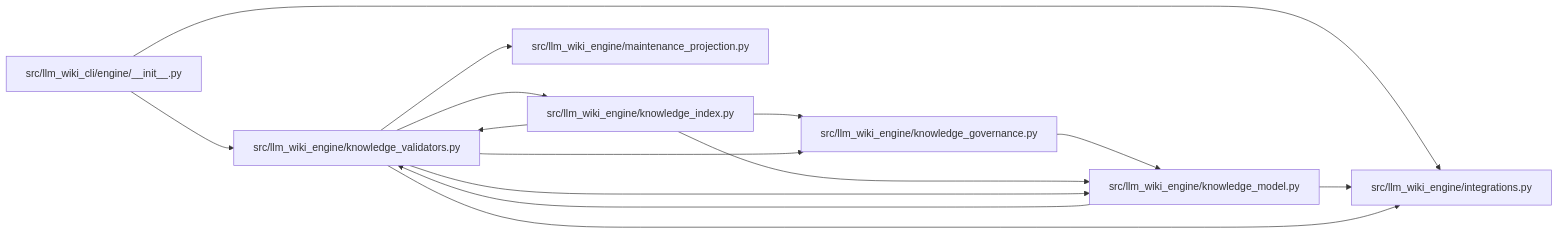
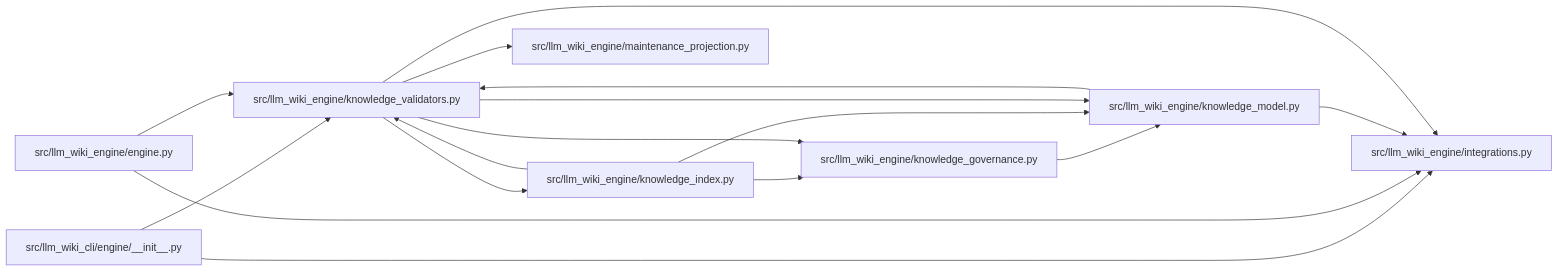
Before and after one commit to Denissvgn/python-wiki-llm: the diagram in docs/llm_wiki/modules/knowledge_validators.md, drawn with Mermaid. The commit also changed other lines of this file and 719 other files, not shown here.

Commit message:
docs: refresh the wiki for the engine's own use cases

````diff
--- a/docs/llm_wiki/modules/knowledge_validators.md
+++ b/docs/llm_wiki/modules/knowledge_validators.md
@@ -46,30 +46,34 @@
 ```mermaid
 flowchart LR
     n0["src/llm_wiki_cli/engine/__init__.py"]
-    n1["src/llm_wiki_engine/integrations.py"]
-    n2["src/llm_wiki_engine/knowledge_governance.py"]
-    n3["src/llm_wiki_engine/knowledge_index.py"]
-    n4["src/llm_wiki_engine/knowledge_model.py"]
-    n5["src/llm_wiki_engine/knowledge_validators.py"]
-    n6["src/llm_wiki_engine/maintenance_projection.py"]
-    n0 --> n1
-    n0 --> n5
-    n2 --> n4
-    n3 --> n2
-    n3 --> n4
+    n1["src/llm_wiki_engine/engine.py"]
+    n2["src/llm_wiki_engine/integrations.py"]
+    n3["src/llm_wiki_engine/knowledge_governance.py"]
+    n4["src/llm_wiki_engine/knowledge_index.py"]
+    n5["src/llm_wiki_engine/knowledge_model.py"]
+    n6["src/llm_wiki_engine/knowledge_validators.py"]
+    n7["src/llm_wiki_engine/maintenance_projection.py"]
+    n0 --> n2
+    n0 --> n6
+    n1 --> n2
+    n1 --> n6
     n3 --> n5
-    n4 --> n1
+    n4 --> n3
     n4 --> n5
-    n5 --> n1
+    n4 --> n6
     n5 --> n2
-    n5 --> n3
-    n5 --> n4
     n5 --> n6
+    n6 --> n2
+    n6 --> n3
+    n6 --> n4
+    n6 --> n5
+    n6 --> n7
     click n0 "../modules/engine___init__.md"
-    click n1 "../modules/integrations.md"
-    click n2 "../modules/knowledge_governance.md"
-    click n3 "../modules/knowledge_index.md"
-    click n4 "../modules/knowledge_model.md"
-    click n5 "../modules/knowledge_validators.md"
-    click n6 "../modules/maintenance_projection.md"
+    click n1 "../modules/engine.md"
+    click n2 "../modules/integrations.md"
+    click n3 "../modules/knowledge_governance.md"
+    click n4 "../modules/knowledge_index.md"
+    click n5 "../modules/knowledge_model.md"
+    click n6 "../modules/knowledge_validators.md"
+    click n7 "../modules/maintenance_projection.md"
 ```
````
